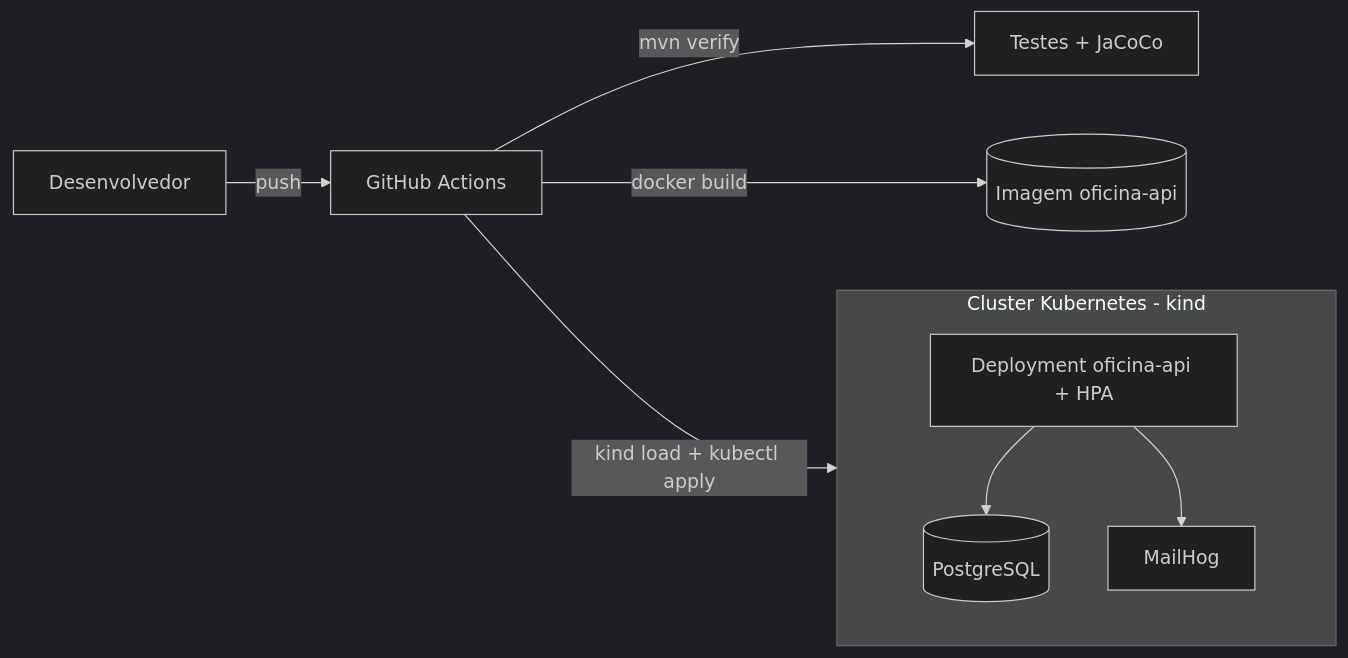
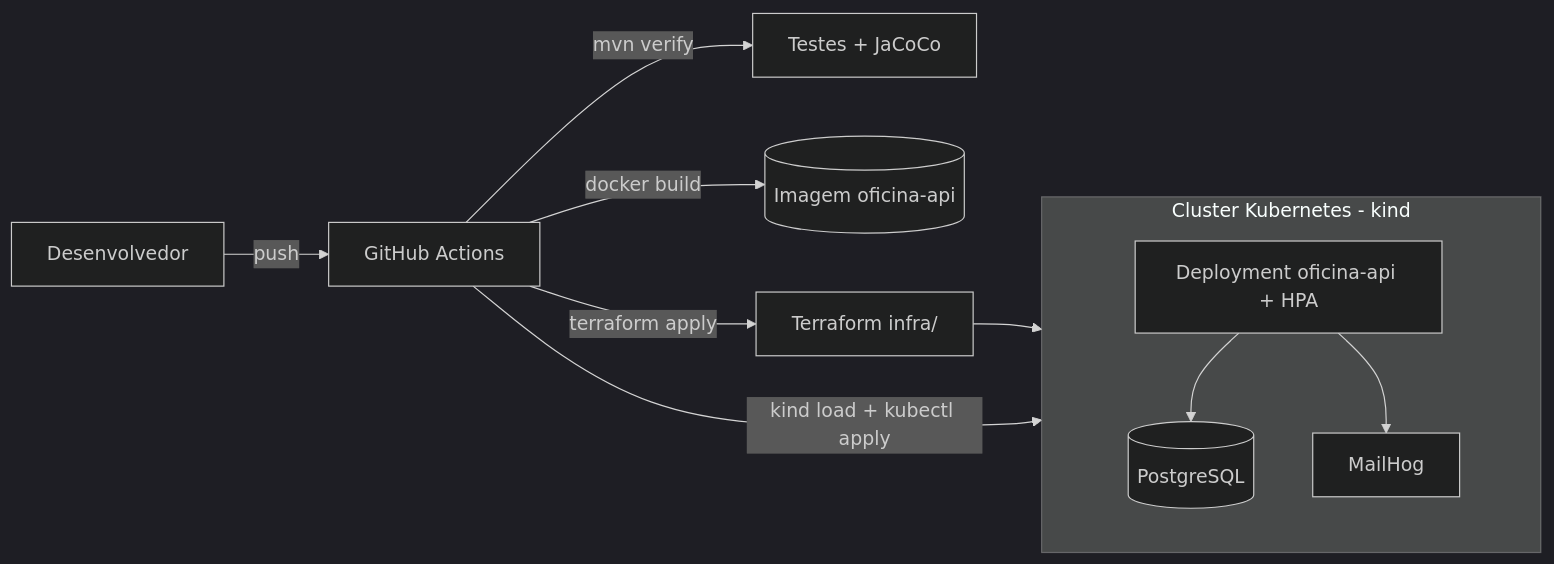
Before and after one commit to Nicholasspoltidesouza/Fiap-Pos-Tech-Challenge-1: the diagram in README.md, drawn with Mermaid (dark theme). The commit also changed other lines of this file and 2 other files, not shown here.

Commit message:
fix: terraform apply in pipe

````diff
--- a/README.md
+++ b/README.md
@@ -327,14 +327,16 @@
 ```mermaid
 flowchart LR
     Dev[Desenvolvedor] -->|push| GH[GitHub Actions]
     GH -->|mvn verify| Tests[Testes + JaCoCo]
     GH -->|docker build| Img[(Imagem oficina-api)]
+    GH -->|terraform apply| TF[Terraform infra/]
+    TF --> Cluster
     GH -->|kind load + kubectl apply| Cluster
     subgraph Cluster [Cluster Kubernetes - kind]
         App[Deployment oficina-api + HPA]
         DB[(PostgreSQL)]
         MH[MailHog]
         App --> DB
         App --> MH
     end
 ```
````
